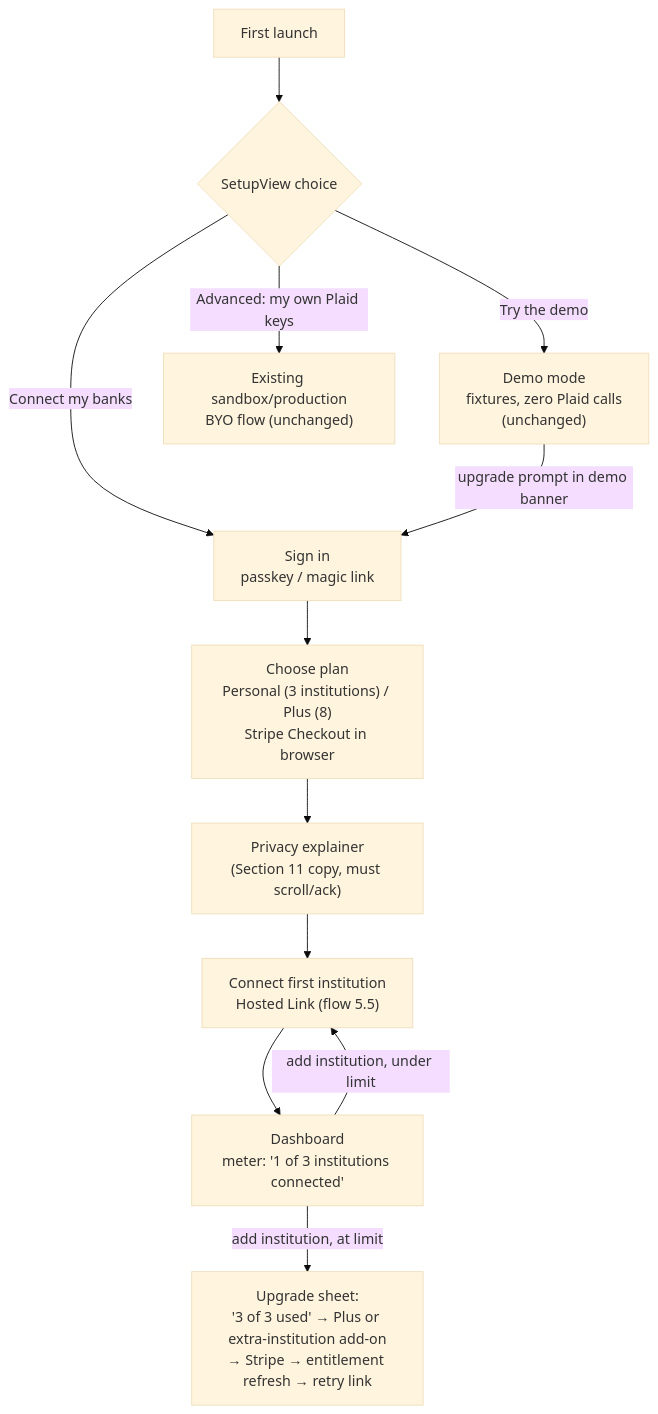
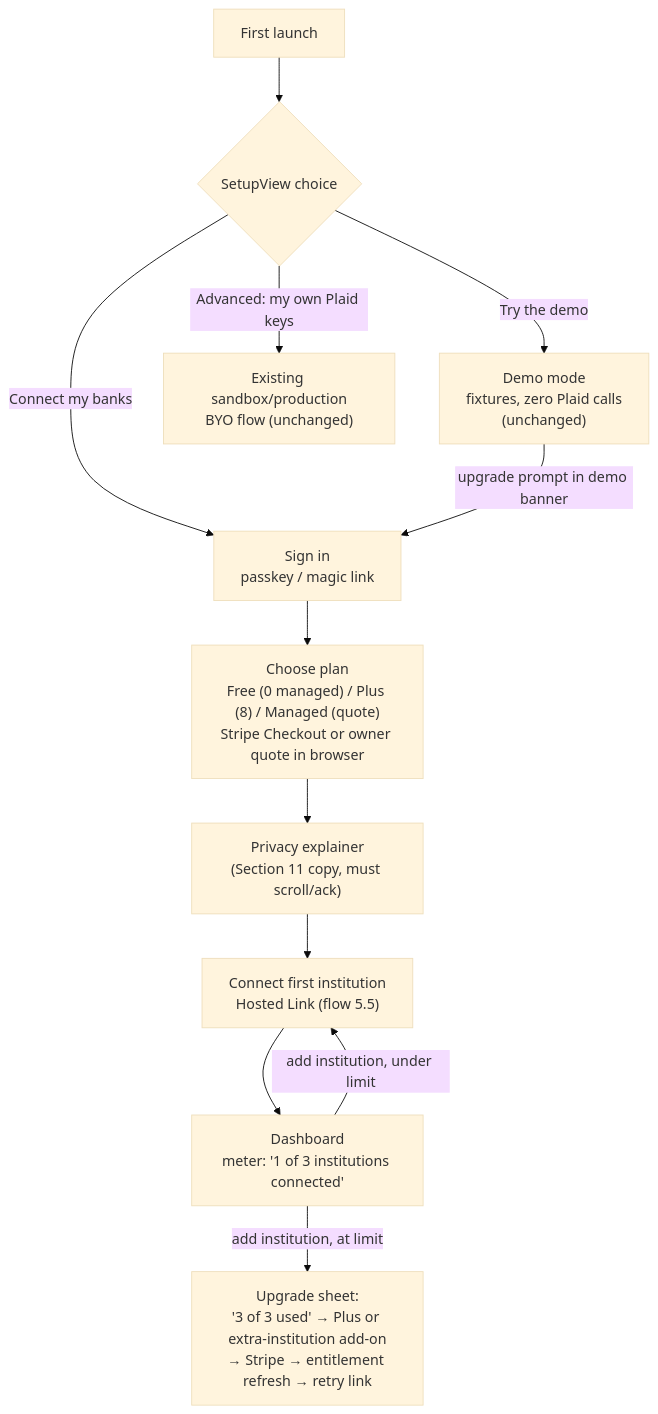
Before and after one commit to ftchvs/VaultPeek: the fourth of 4 diagrams in docs/strategy/managed-link-architecture.md, drawn with Mermaid (base theme). The commit also changed other lines of this file and 11 other files, not shown here.

````diff
--- a/docs/strategy/managed-link-architecture.md
+++ b/docs/strategy/managed-link-architecture.md
@@ -254,14 +257,14 @@
 ```mermaid
 flowchart TD
     A["First launch"] --> B{"SetupView choice"}
     B -->|"Try the demo"| DEMO["Demo mode<br/>fixtures, zero Plaid calls<br/>(unchanged)"]
     B -->|"Connect my banks"| C["Sign in<br/>passkey / magic link"]
     B -->|"Advanced: my own Plaid keys"| BYO["Existing sandbox/production<br/>BYO flow (unchanged)"]
-    C --> D["Choose plan<br/>Personal (3 institutions) / Plus (8)<br/>Stripe Checkout in browser"]
+    C --> D["Choose plan<br/>Free (0 managed) / Plus (8) / Managed (quote)<br/>Stripe Checkout or owner quote in browser"]
     D --> E["Privacy explainer<br/>(Section 11 copy, must scroll/ack)"]
     E --> F["Connect first institution<br/>Hosted Link (flow 5.5)"]
     F --> G["Dashboard<br/>meter: '1 of 3 institutions connected'"]
     G -->|"add institution, under limit"| F
     G -->|"add institution, at limit"| H["Upgrade sheet:<br/>'3 of 3 used' → Plus or extra-institution add-on<br/>→ Stripe → entitlement refresh → retry link"]
     DEMO -->|"upgrade prompt in demo banner"| C
 ```
````
